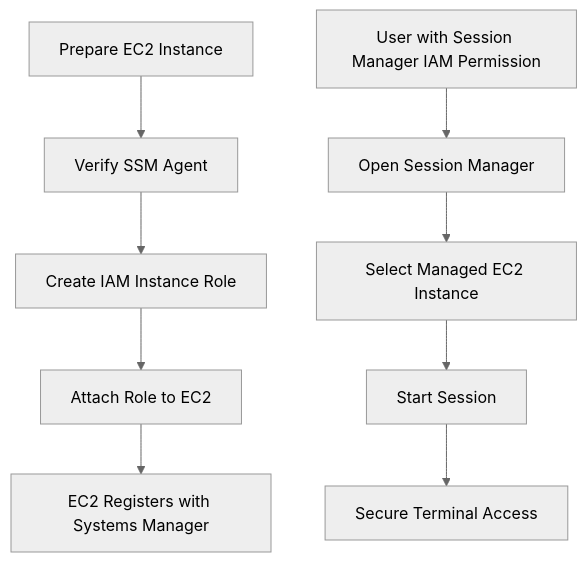
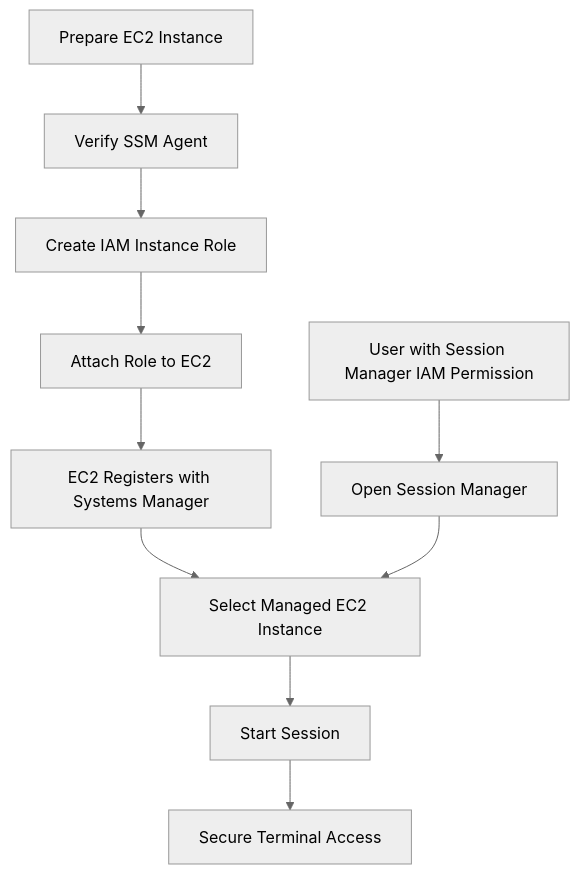
One commit to Viggy06/aws_devops_learning_documentation changed the diagram in docs/projects/12-ssm-session-manager.md. Above: the diagram before and after it, drawn with Mermaid (neutral theme). The commit also changed 2 other files, not shown here.

Commit message:
flowchart changes

````diff
--- a/docs/projects/12-ssm-session-manager.md
+++ b/docs/projects/12-ssm-session-manager.md
@@ -19,12 +19,15 @@
 ```mermaid
 flowchart TD
-    A["Prepare EC2 Instance"] --> B["Verify SSM Agent"]
-    B --> C["Create IAM Instance Role"]
-    C --> D["Attach Role to EC2"]
-    D --> E["EC2 Registers with Systems Manager"]
+    A[Prepare EC2 Instance] --> B[Verify SSM Agent]
+    B --> C[Create IAM Instance Role]
+    C --> D[Attach Role to EC2]
+    D --> E[EC2 Registers with Systems Manager]
 
-    F["User with Session Manager IAM Permission"] --> G["Open Session Manager"]
-    G --> H["Select Managed EC2 Instance"]
-    H --> I["Start Session"]
-    I --> J["Secure Terminal Access"]
+    F[User with Session Manager IAM Permission] --> G[Open Session Manager]
+
+    E --> H[Select Managed EC2 Instance]
+    G --> H
+
+    H --> I[Start Session]
+    I --> J[Secure Terminal Access]
 ```
````
